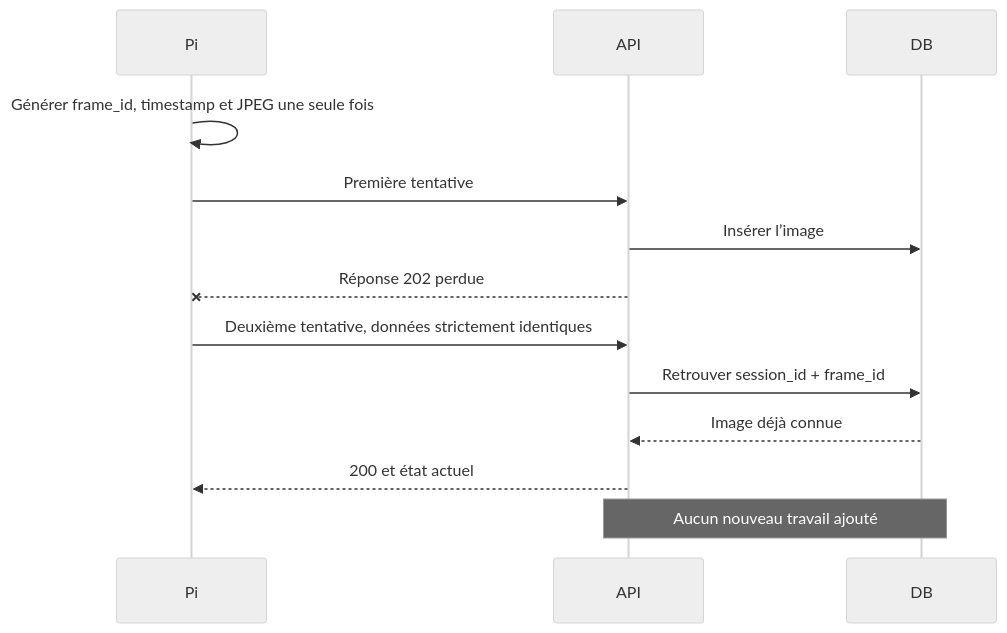
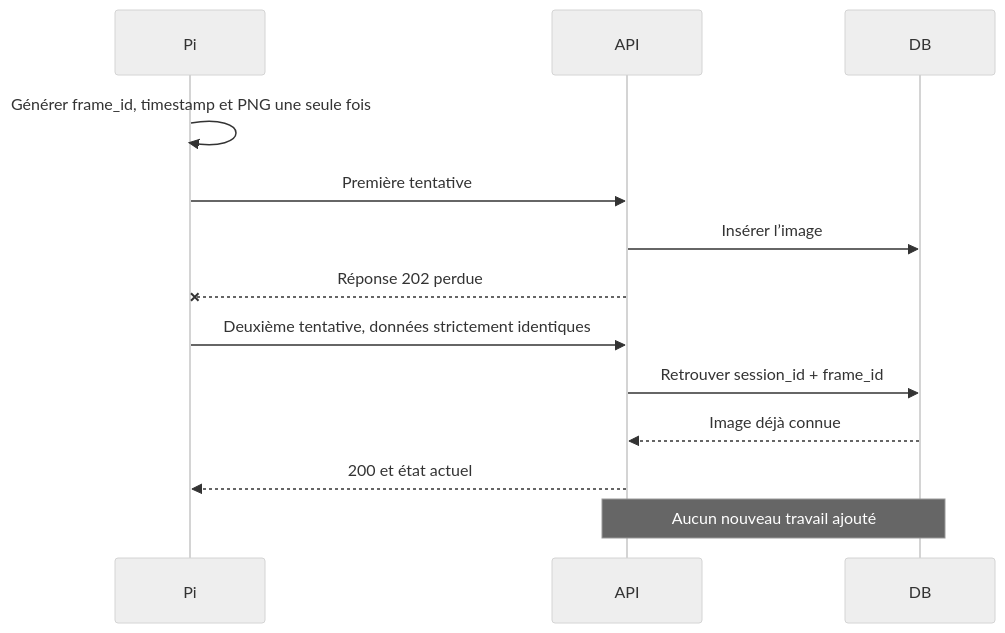
The third of 8 diagrams in docs/03-contrats-et-flux.md (Mindsept/Looki--Vision), drawn with Mermaid (neutral theme) before and after one commit. The commit also changed other lines of this file and 56 other files, not shown here.

````diff
--- a/docs/03-contrats-et-flux.md
+++ b/docs/03-contrats-et-flux.md
@@ -64,15 +66,15 @@
 ```mermaid
 sequenceDiagram
     participant Pi
     participant API
     participant DB
-    Pi->>Pi: Générer frame_id, timestamp et JPEG une seule fois
+    Pi->>Pi: Générer frame_id, timestamp et PNG une seule fois
     Pi->>API: Première tentative
     API->>DB: Insérer l’image
     API--xPi: Réponse 202 perdue
     Pi->>API: Deuxième tentative, données strictement identiques
     API->>DB: Retrouver session_id + frame_id
     DB-->>API: Image déjà connue
     API-->>Pi: 200 et état actuel
     Note over API,DB: Aucun nouveau travail ajouté
 ```
````
